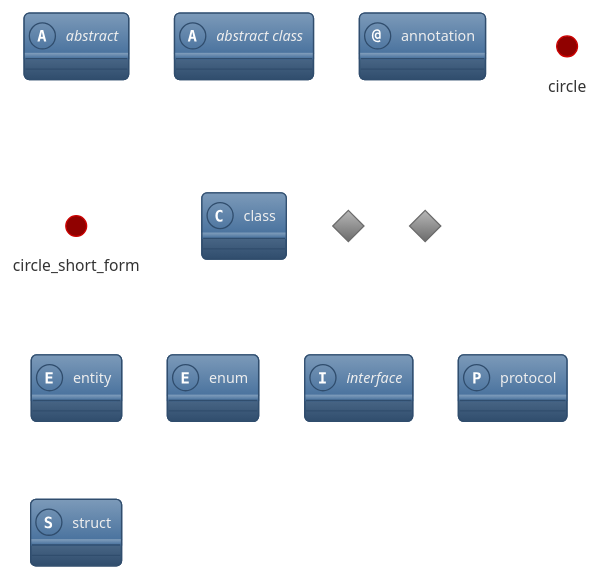
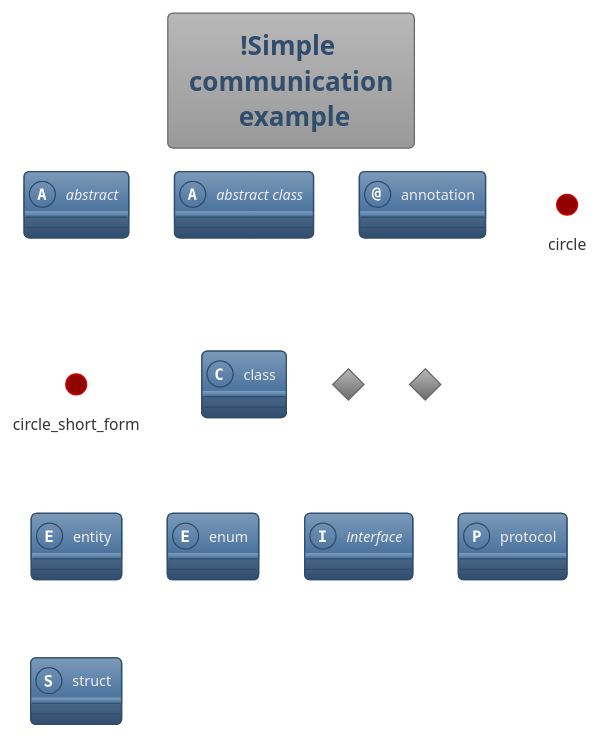
One commit to KonstantinLjapin/samples_and_tests changed the diagram in simpls/plantuml/master.puml. Above: the diagram before and after it, drawn with PlantUML. The commit also changed 6 other files, not shown here.

```diff
--- a/simpls/plantuml/master.puml
+++ b/simpls/plantuml/master.puml
@@ -1,16 +1,17 @@
 @startuml
 !theme spacelab
+title !Simple \n communication \n example
 abstract        abstract
 abstract class  "abstract class"
 annotation      annotation
 circle          circle
 ()              circle_short_form
 class           class
 diamond         diamond
 <>              diamond_short_form
 entity          entity
 enum            enum
 interface       interface
 protocol        protocol
 struct          struct
 @enduml
```
